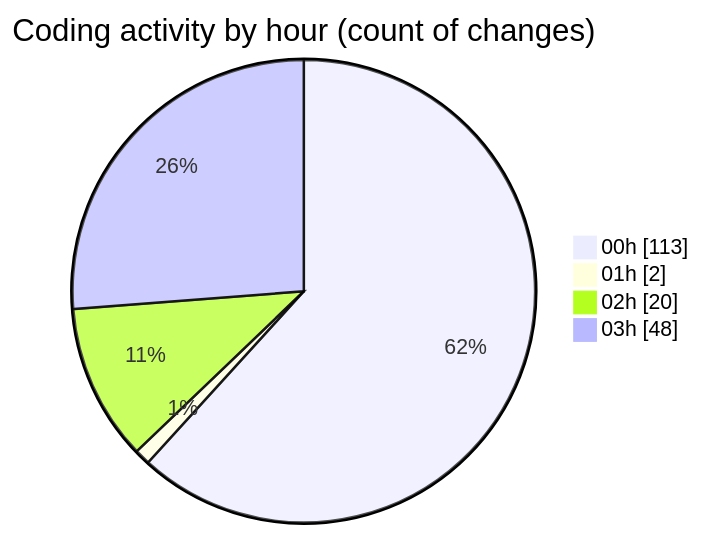
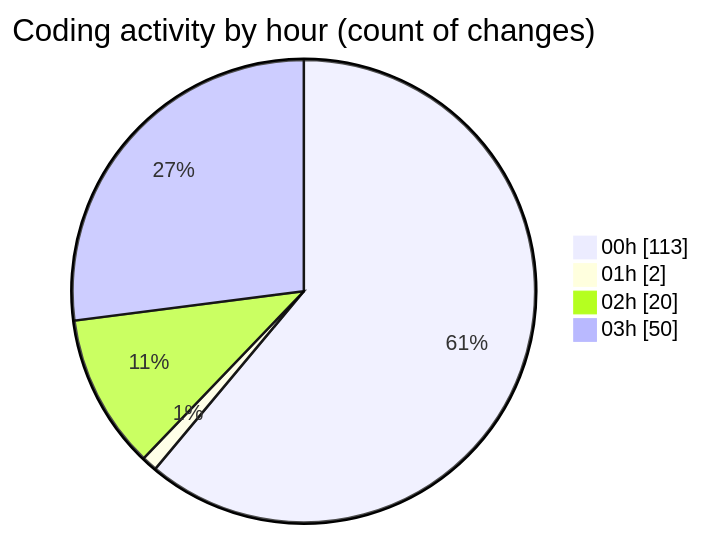
The second of 2 diagrams in 2025-08-06/napxuvn/README.md (lephambinh05/code-tracking), drawn with Mermaid before and after one commit. The commit also changed other lines of this file and 1 other file, not shown here.

````diff
--- a/2025-08-06/napxuvn/README.md
+++ b/2025-08-06/napxuvn/README.md
@@ -121,8 +122,8 @@
 ```mermaid
 pie showData
 title Coding activity by hour (count of changes)
 "00h" : 113
 "01h" : 2
 "02h" : 20
-"03h" : 48
+"03h" : 50
 ```
````
